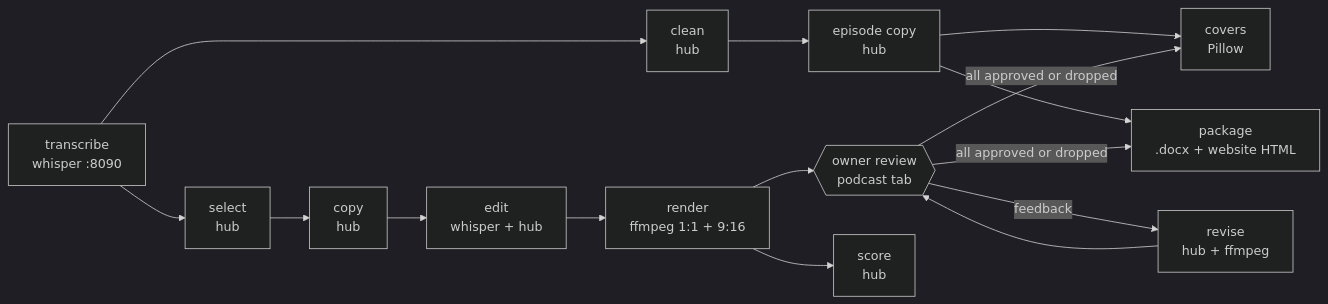
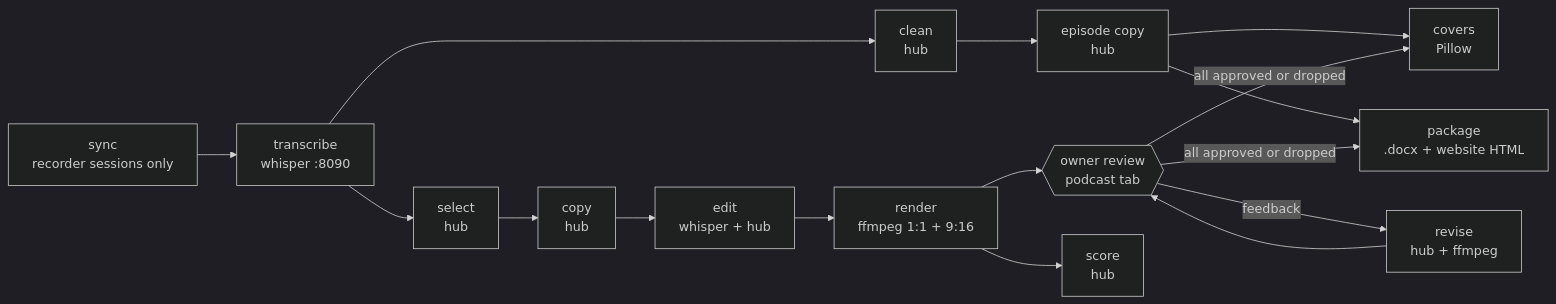
One commit to ferraroroberto/content-management changed the diagram in podcast/README.md. Above: the diagram before and after it, drawn with Mermaid (dark theme). The commit also changed other lines of this file and 10 other files, not shown here.

First line of the commit message:
feat: podcast sync stage aligning recorder tracks (#343) (#347)

````diff
--- a/podcast/README.md
+++ b/podcast/README.md
@@ -8,17 +8,18 @@
 ```mermaid
 flowchart LR
+    Y[sync<br/>recorder sessions only] --> T
     T[transcribe<br/>whisper :8090] --> C[clean<br/>hub]
     T --> S[select<br/>hub]
     S --> P[copy<br/>hub]
     P --> D[edit<br/>whisper + hub]
     D --> R[render<br/>ffmpeg 1:1 + 9:16]
     R --> W{{owner review<br/>podcast tab}}
     W -->|feedback| X[revise<br/>hub + ffmpeg]
     X --> W
     C --> E[episode copy<br/>hub]
     E --> V[covers<br/>Pillow]
     W -->|all approved or dropped| V
     E --> K[package<br/>.docx + website HTML]
     W -->|all approved or dropped| K
     R --> Q[score<br/>hub]
 ```
````
